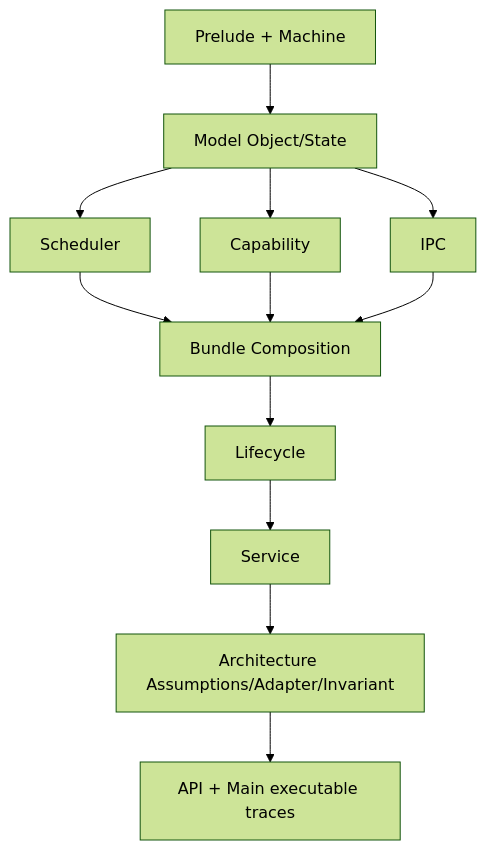
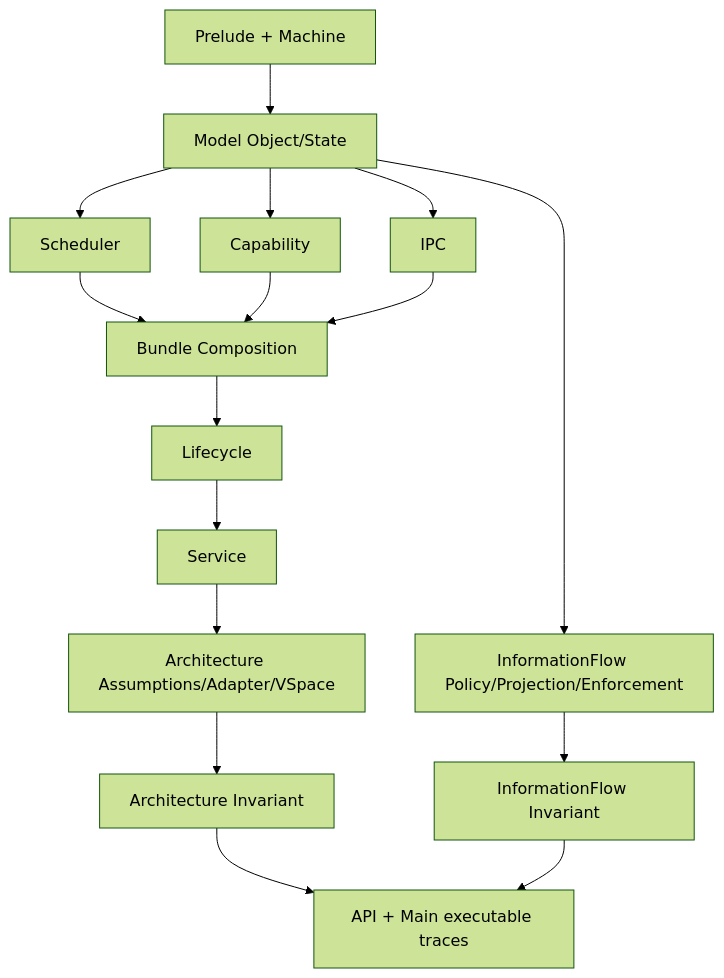
The diagram in docs/gitbook/03-architecture-and-module-map.md (hatter6822/seLe4n), drawn with Mermaid (forest theme) before and after one commit. The commit also changed other lines of this file and 7 other files, not shown here.

````diff
--- a/docs/gitbook/03-architecture-and-module-map.md
+++ b/docs/gitbook/03-architecture-and-module-map.md
@@ -124,14 +178,18 @@
 ```mermaid
 graph TD
   P[Prelude + Machine] --> M[Model Object/State]
   M --> S[Scheduler]
   M --> C[Capability]
   M --> I[IPC]
   S --> B[Bundle Composition]
   C --> B
   I --> B
   B --> L[Lifecycle]
   L --> V[Service]
-  V --> A[Architecture Assumptions/Adapter/Invariant]
-  A --> X[API + Main executable traces]
+  V --> A[Architecture Assumptions/Adapter/VSpace]
+  M --> IF[InformationFlow Policy/Projection/Enforcement]
+  IF --> IFI[InformationFlow Invariant]
+  A --> AI[Architecture Invariant]
+  AI --> X[API + Main executable traces]
+  IFI --> X
 ```
````
